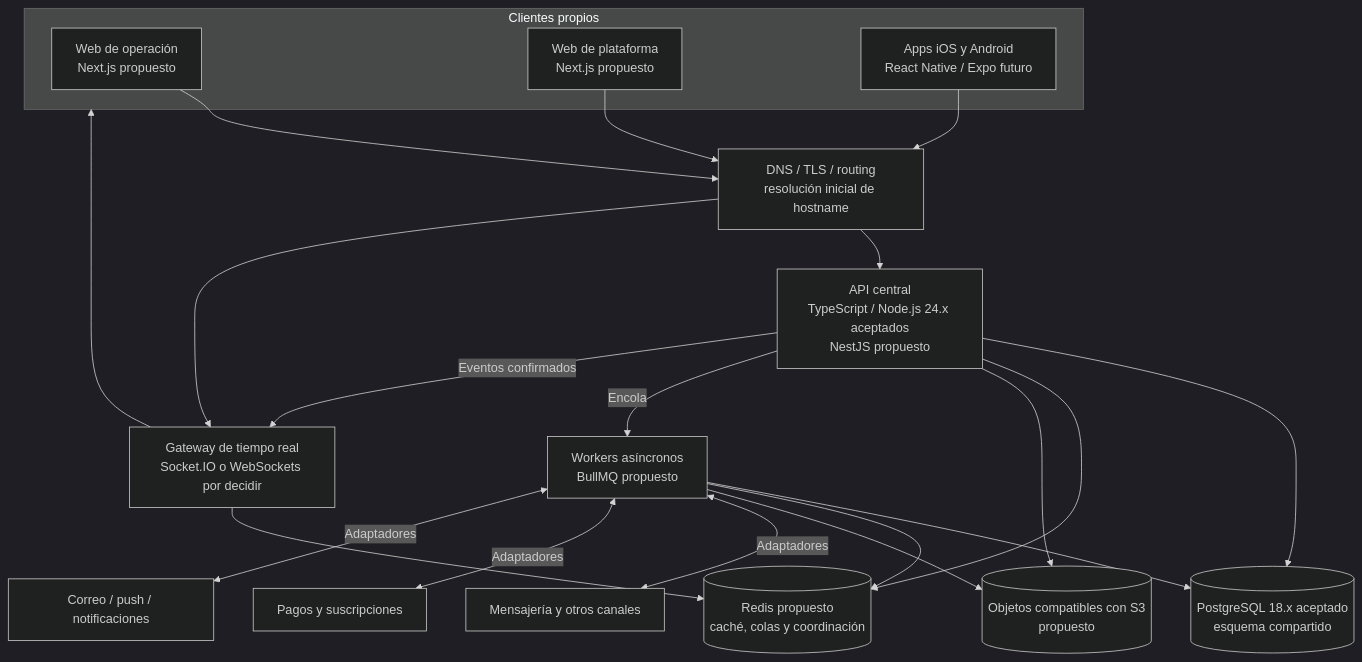
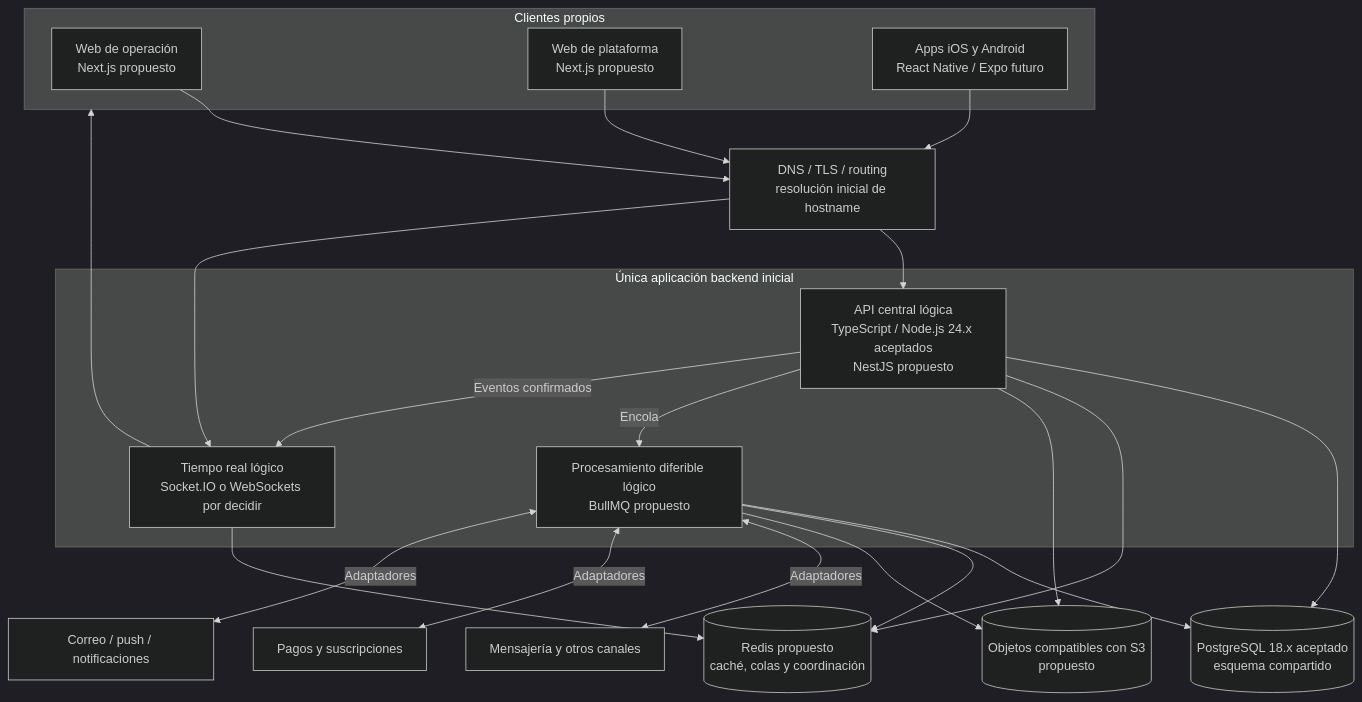
The diagram in docs/architecture/TARGET_ARCHITECTURE.md (luisgtzaviles/SrTaller-2.0), drawn with Mermaid (dark theme) before and after one commit. The commit also changed other lines of this file and 35 other files, not shown here.

````diff
--- a/docs/architecture/TARGET_ARCHITECTURE.md
+++ b/docs/architecture/TARGET_ARCHITECTURE.md
@@ -27,40 +27,42 @@
 ```mermaid
 flowchart TB
     subgraph Clients[Clientes propios]
         WorkshopWeb[Web de operación\nNext.js propuesto]
         PlatformWeb[Web de plataforma\nNext.js propuesto]
         Mobile[Apps iOS y Android\nReact Native / Expo futuro]
     end
 
     Edge[DNS / TLS / routing\nresolución inicial de hostname]
-    API[API central\nTypeScript / Node.js 24.x aceptados\nNestJS propuesto]
-    Worker[Workers asíncronos\nBullMQ propuesto]
-    Realtime[Gateway de tiempo real\nSocket.IO o WebSockets por decidir]
+    subgraph BackendApp[Única aplicación backend inicial]
+        API[API central lógica\nTypeScript / Node.js 24.x aceptados\nNestJS propuesto]
+        Worker[Procesamiento diferible lógico\nBullMQ propuesto]
+        Realtime[Tiempo real lógico\nSocket.IO o WebSockets por decidir]
+    end
 
     DB[(PostgreSQL 18.x aceptado\nesquema compartido)]
     Redis[(Redis propuesto\ncaché, colas y coordinación)]
     Storage[(Objetos compatibles con S3\npropuesto)]
 
     Channels[Mensajería y otros canales]
     Payment[Pagos y suscripciones]
     Delivery[Correo / push / notificaciones]
 
     WorkshopWeb --> Edge
     PlatformWeb --> Edge
     Mobile --> Edge
     Edge --> API
     Edge --> Realtime
     API --> DB
     API --> Redis
     API --> Storage
     API -->|Encola| Worker
     Worker --> DB
     Worker --> Redis
     Worker --> Storage
     Worker <-->|Adaptadores| Channels
     Worker <-->|Adaptadores| Payment
     Worker <-->|Adaptadores| Delivery
     API -->|Eventos confirmados| Realtime
     Realtime --> Redis
     Realtime --> Clients
 ```
````
